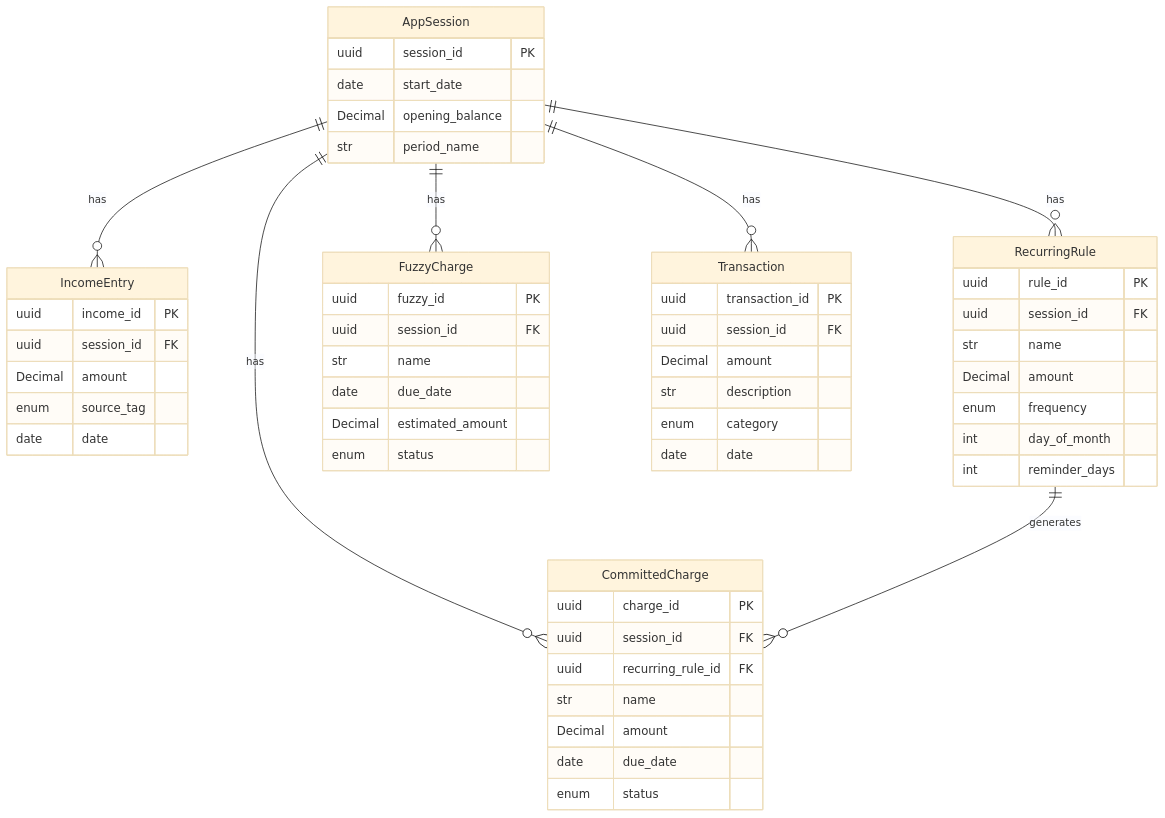
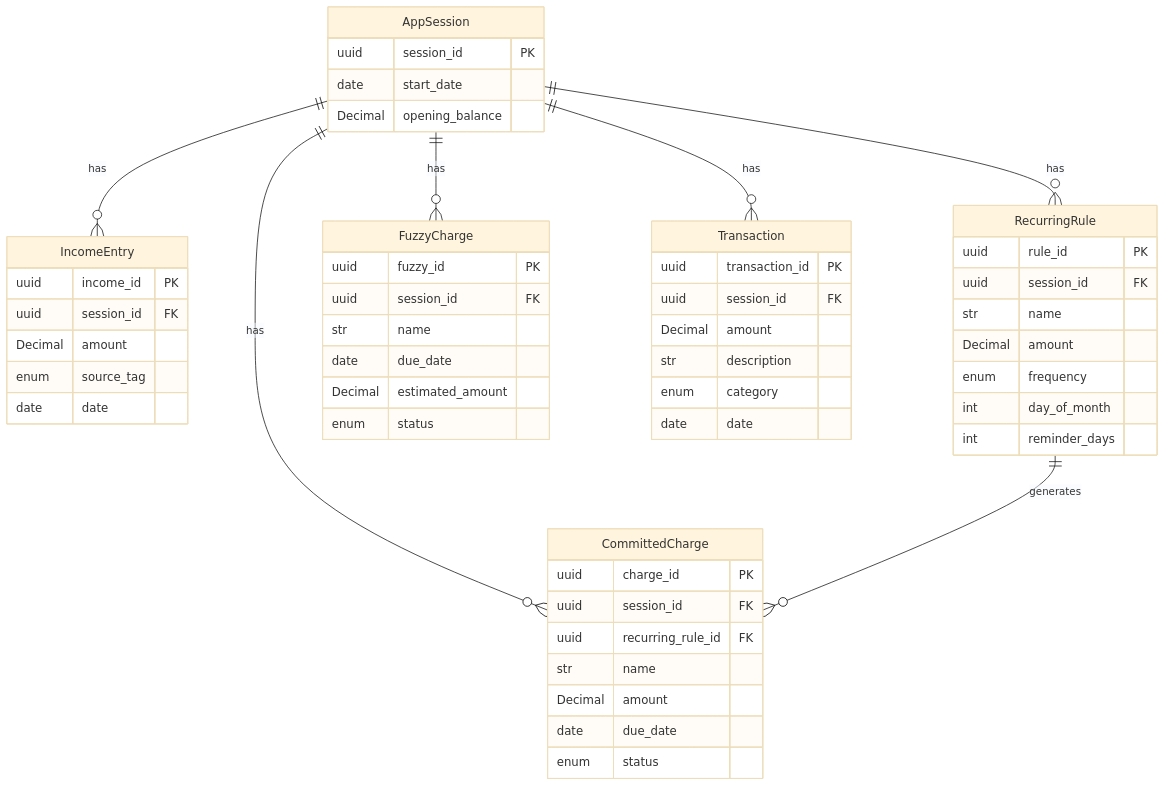
Before and after one commit to MoaminShikha/student-expense-tracker: the fourth of 13 diagrams in Docs/Stage 1.md, drawn with Mermaid (base theme). The commit also changed other lines of this file and 11 other files, not shown here.

````diff
--- a/Docs/Stage 1.md
+++ b/Docs/Stage 1.md
@@ -120,57 +120,56 @@
 ```mermaid
 erDiagram
     AppSession {
         uuid session_id PK
         date start_date
         Decimal opening_balance
-        str period_name
     }
     IncomeEntry {
         uuid income_id PK
         uuid session_id FK
         Decimal amount
         enum source_tag
         date date
     }
     CommittedCharge {
         uuid charge_id PK
         uuid session_id FK
         uuid recurring_rule_id FK
         str name
         Decimal amount
         date due_date
         enum status
     }
     RecurringRule {
         uuid rule_id PK
         uuid session_id FK
         str name
         Decimal amount
         enum frequency
         int day_of_month
         int reminder_days
     }
     FuzzyCharge {
         uuid fuzzy_id PK
         uuid session_id FK
         str name
         date due_date
         Decimal estimated_amount
         enum status
     }
     Transaction {
         uuid transaction_id PK
         uuid session_id FK
         Decimal amount
         str description
         enum category
         date date
     }
 
     AppSession ||--o{ IncomeEntry : "has"
     AppSession ||--o{ CommittedCharge : "has"
     AppSession ||--o{ RecurringRule : "has"
     AppSession ||--o{ FuzzyCharge : "has"
     AppSession ||--o{ Transaction : "has"
     RecurringRule ||--o{ CommittedCharge : "generates"
 ```
````
